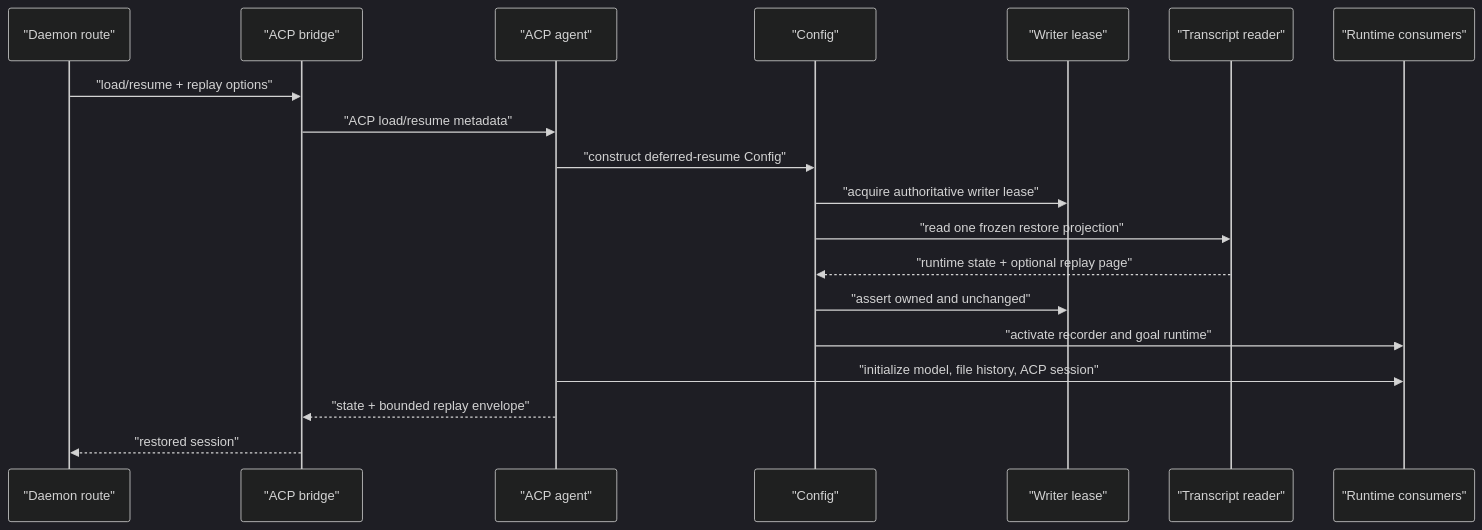
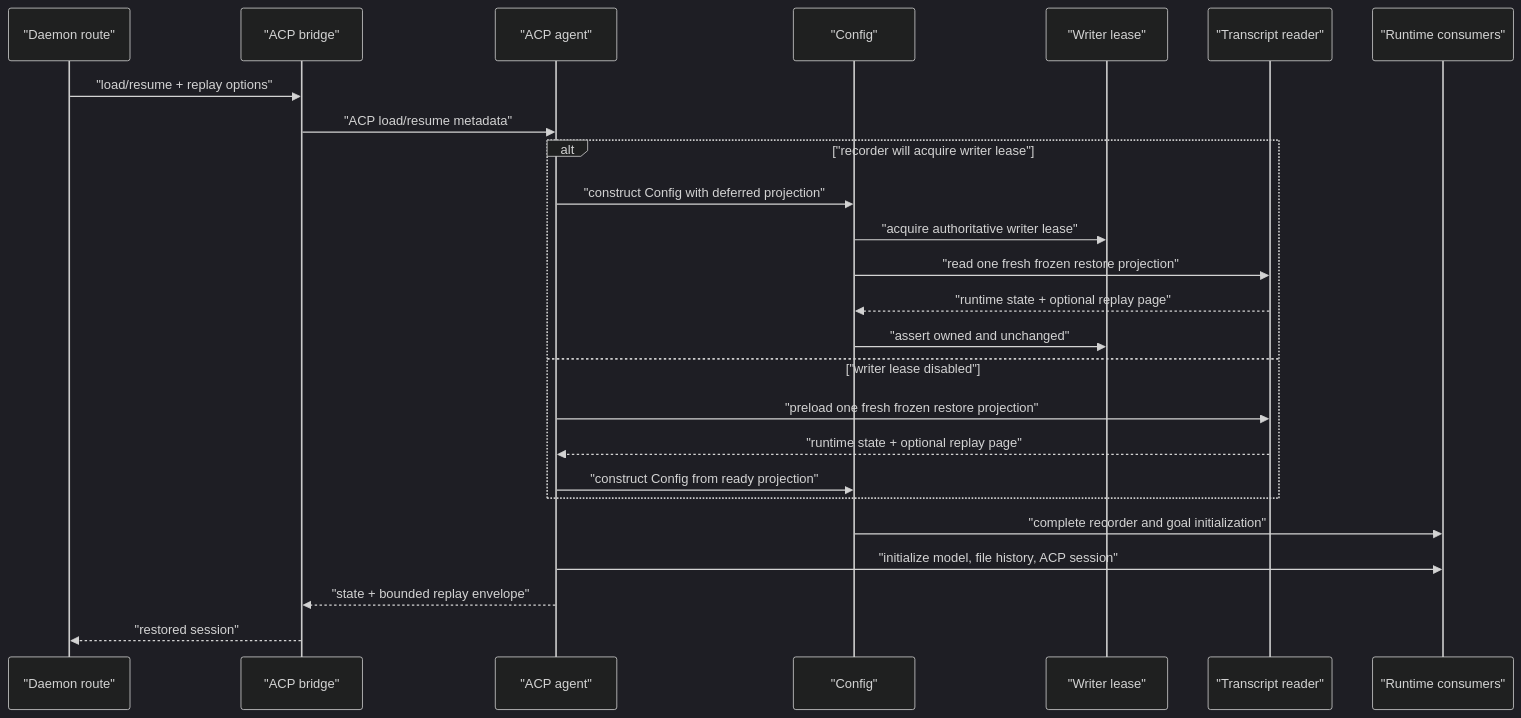
Before and after one commit to QwenLM/qwen-code: the diagram in docs/design/2026-08-08-selective-session-restore.md, drawn with Mermaid (dark theme). The commit also changed other lines of this file and 1 other file, not shown here.

Commit message:
docs(design): harden selective session restore plan

````diff
--- a/docs/design/2026-08-08-selective-session-restore.md
+++ b/docs/design/2026-08-08-selective-session-restore.md
@@ -306,22 +513,28 @@
 ```mermaid
 sequenceDiagram
   participant D as "Daemon route"
   participant B as "ACP bridge"
   participant A as "ACP agent"
   participant C as "Config"
   participant L as "Writer lease"
   participant R as "Transcript reader"
   participant S as "Runtime consumers"
 
   D->>B: "load/resume + replay options"
   B->>A: "ACP load/resume metadata"
-  A->>C: "construct deferred-resume Config"
-  C->>L: "acquire authoritative writer lease"
-  C->>R: "read one frozen restore projection"
-  R-->>C: "runtime state + optional replay page"
-  C->>L: "assert owned and unchanged"
-  C->>S: "activate recorder and goal runtime"
+  alt "recorder will acquire writer lease"
+    A->>C: "construct Config with deferred projection"
+    C->>L: "acquire authoritative writer lease"
+    C->>R: "read one fresh frozen restore projection"
+    R-->>C: "runtime state + optional replay page"
+    C->>L: "assert owned and unchanged"
+  else "writer lease disabled"
+    A->>R: "preload one fresh frozen restore projection"
+    R-->>A: "runtime state + optional replay page"
+    A->>C: "construct Config from ready projection"
+  end
+  C->>S: "complete recorder and goal initialization"
   A->>S: "initialize model, file history, ACP session"
   A-->>B: "state + bounded replay envelope"
   B-->>D: "restored session"
 ```
````
